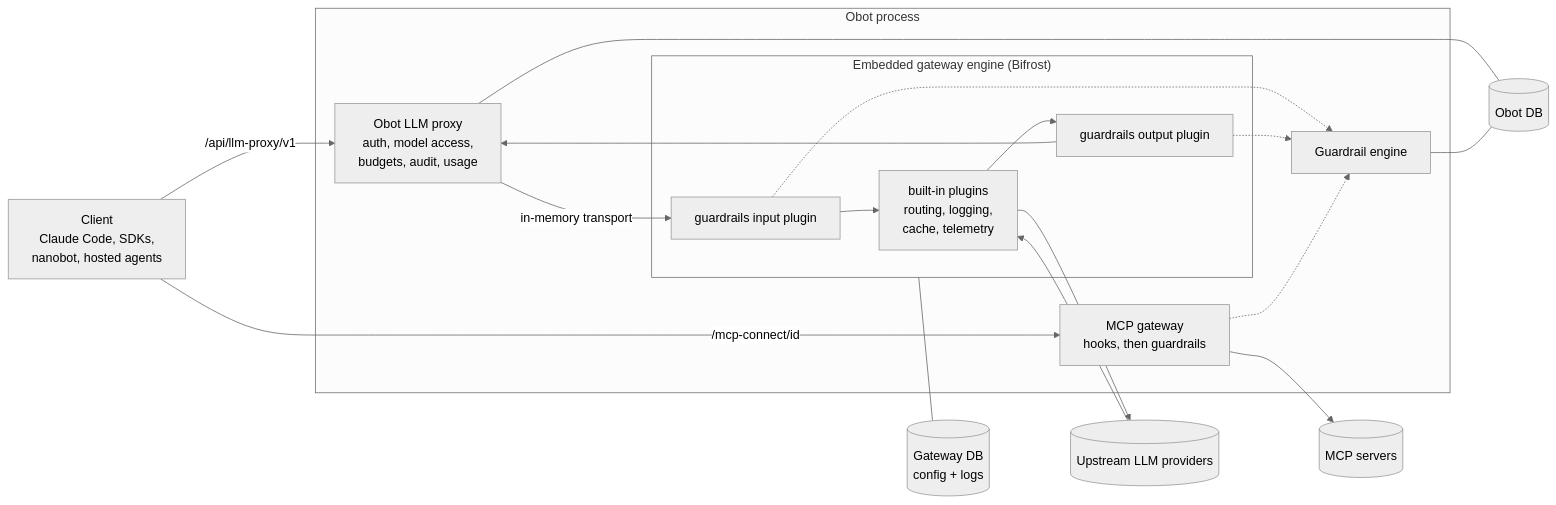
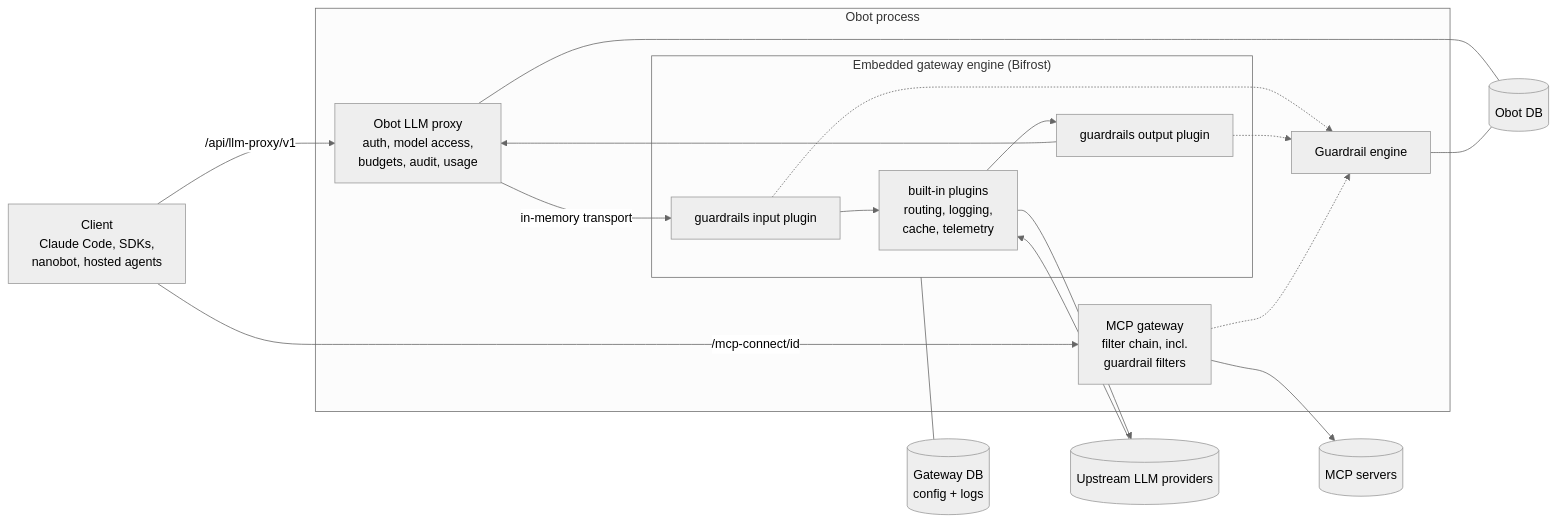
The first of 2 diagrams in design-proposals/2026-09-27-llm-gateway-budgets-guardrails.md (cjellick/obot), drawn with Mermaid (neutral theme) before and after one commit. The commit also changed other lines of this file, not shown here.

Commit message:
docs(odp): guardrail filters for MCP, and the gateway in Models and Guardrails pages

````diff
--- a/design-proposals/2026-09-27-llm-gateway-budgets-guardrails.md
+++ b/design-proposals/2026-09-27-llm-gateway-budgets-guardrails.md
@@ -149,29 +151,29 @@
 ```mermaid
 flowchart LR
     client[Client<br/>Claude Code, SDKs,<br/>nanobot, hosted agents]
     subgraph obot[Obot process]
         proxy["Obot LLM proxy<br/>auth, model access,<br/>budgets, audit, usage"]
         subgraph engine["Embedded gateway engine (Bifrost)"]
             gin[guardrails input plugin]
             builtin["built-in plugins<br/>routing, logging,<br/>cache, telemetry"]
             gout[guardrails output plugin]
         end
         ge[Guardrail engine]
-        mcpgw["MCP gateway<br/>hooks, then guardrails"]
+        mcpgw["MCP gateway<br/>filter chain, incl.<br/>guardrail filters"]
     end
     providers[(Upstream LLM providers)]
     mcps[(MCP servers)]
     db[(Obot DB)]
     bdb[(Gateway DB<br/>config + logs)]
 
     client -->|/api/llm-proxy/v1| proxy
     proxy -->|in-memory transport| gin --> builtin --> providers
     providers --> builtin --> gout --> proxy
     gin -.-> ge
     gout -.-> ge
     client -->|/mcp-connect/id| mcpgw --> mcps
     mcpgw -.-> ge
     proxy --- db
     ge --- db
     engine --- bdb
 ```
````
